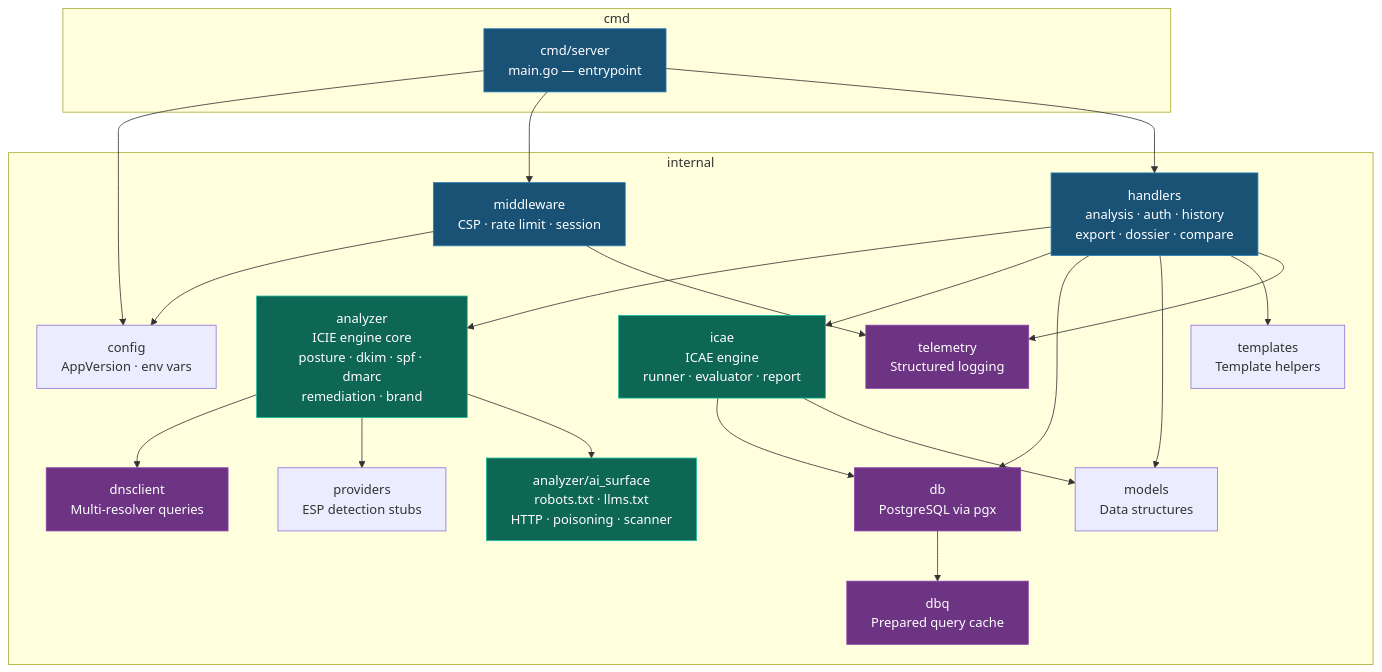
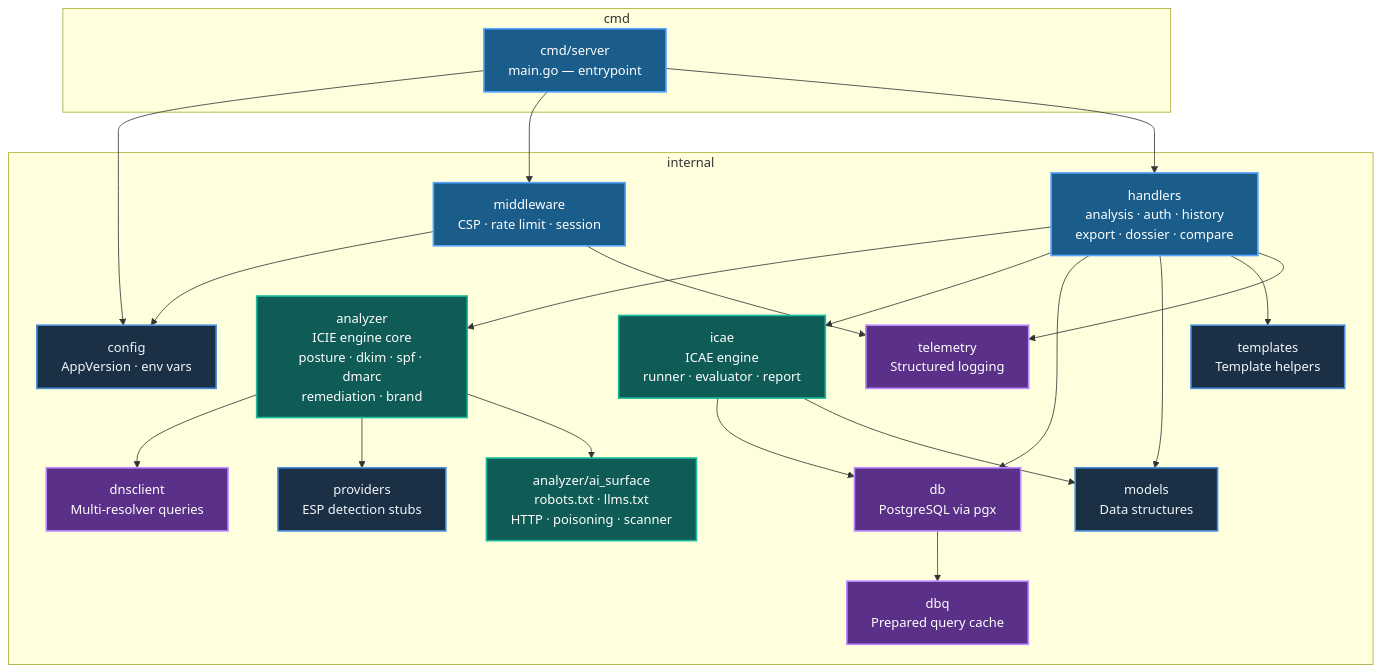
The seventh of 7 diagrams in docs/architecture/SYSTEM_ARCHITECTURE.md (careyjames/DnsToolWeb), drawn with Mermaid before and after one commit. The commit also changed other lines of this file and 1 other file, not shown here.

First line of the commit message:
Enhance system architecture diagrams with brighter colors and updated styling

````diff
--- a/docs/architecture/SYSTEM_ARCHITECTURE.md
+++ b/docs/architecture/SYSTEM_ARCHITECTURE.md
@@ -344,37 +371,39 @@
 ```mermaid
 graph TB
     subgraph "cmd"
         Server["cmd/server<br/>main.go — entrypoint"]
     end
 
     subgraph "internal"
         Config["config<br/>AppVersion · env vars"]
         Middleware["middleware<br/>CSP · rate limit · session"]
         Handlers["handlers<br/>analysis · auth · history<br/>export · dossier · compare"]
         Analyzer["analyzer<br/>ICIE engine core<br/>posture · dkim · spf · dmarc<br/>remediation · brand"]
         AISurface["analyzer/ai_surface<br/>robots.txt · llms.txt<br/>HTTP · poisoning · scanner"]
         ICAE2["icae<br/>ICAE engine<br/>runner · evaluator · report"]
         DNSClient2["dnsclient<br/>Multi-resolver queries"]
         DB2["db<br/>PostgreSQL via pgx"]
         DBQ["dbq<br/>Prepared query cache"]
         Models["models<br/>Data structures"]
         Providers["providers<br/>ESP detection stubs"]
         Telemetry["telemetry<br/>Structured logging"]
         Templates3["templates<br/>Template helpers"]
     end
 
     Server --> Config & Middleware & Handlers
     Handlers --> Analyzer & ICAE2 & DB2 & Models & Templates3
     Analyzer --> DNSClient2 & Providers & AISurface
     ICAE2 --> DB2 & Models
     Handlers --> Telemetry
     DB2 --> DBQ
     Middleware --> Config & Telemetry
 
-    classDef core fill:#1a5276,stroke:#2980b9,color:#fff
-    classDef engine fill:#0e6655,stroke:#1abc9c,color:#fff
-    classDef infra fill:#6c3483,stroke:#8e44ad,color:#fff
+    classDef default fill:#1b2f45,stroke:#4a90d9,stroke-width:2px,color:#f0f6fc
+    classDef core fill:#1a5c8a,stroke:#58a6ff,stroke-width:2px,color:#fff
+    classDef engine fill:#0e5c55,stroke:#1abc9c,stroke-width:2px,color:#fff
+    classDef infra fill:#5a3088,stroke:#bc8cff,stroke-width:2px,color:#fff
     class Analyzer,AISurface,ICAE2 engine
     class Server,Handlers,Middleware core
     class DB2,DBQ,DNSClient2,Telemetry infra
+    class Config,Models,Providers,Templates3 default
 ```
````
